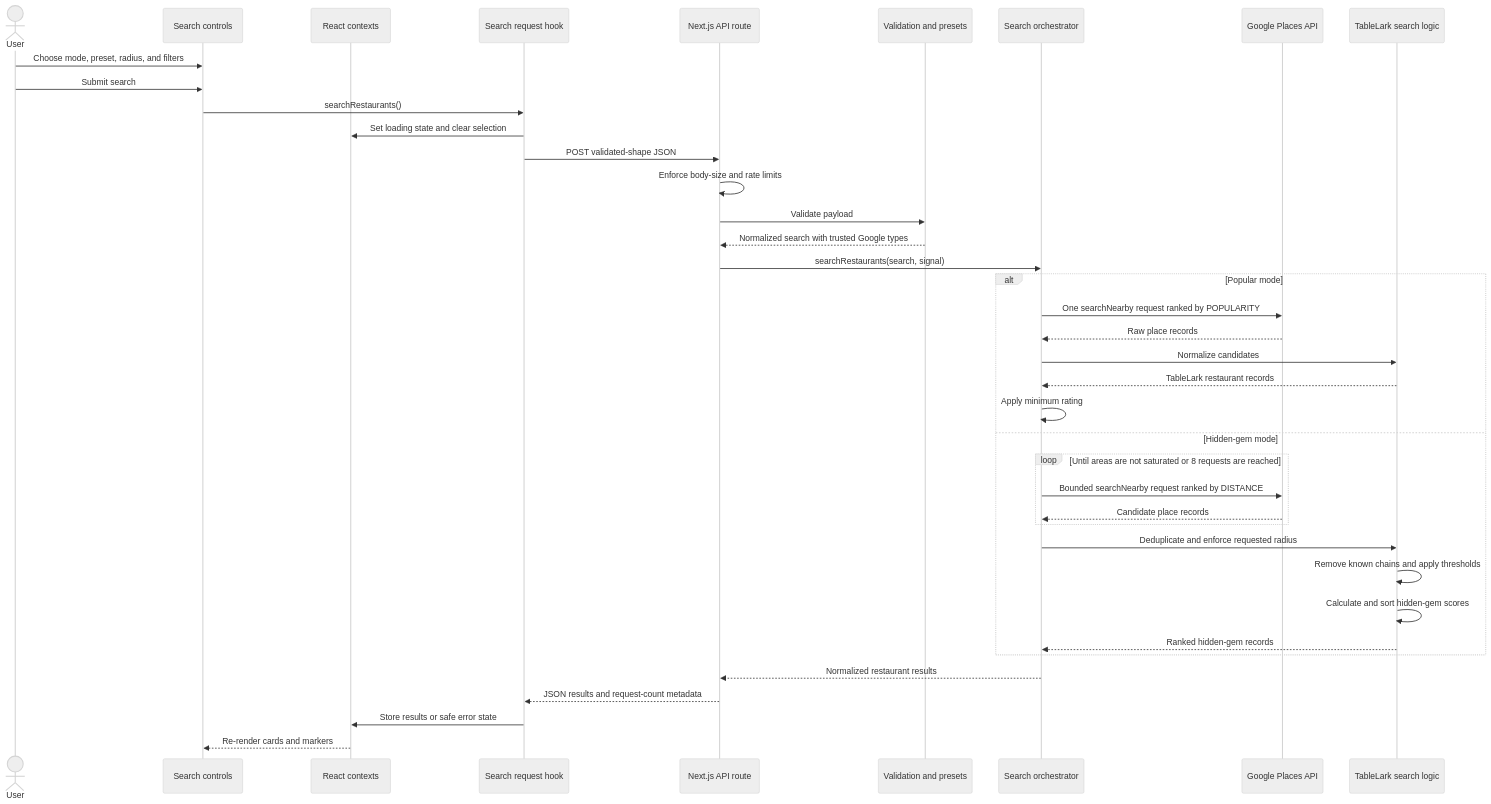
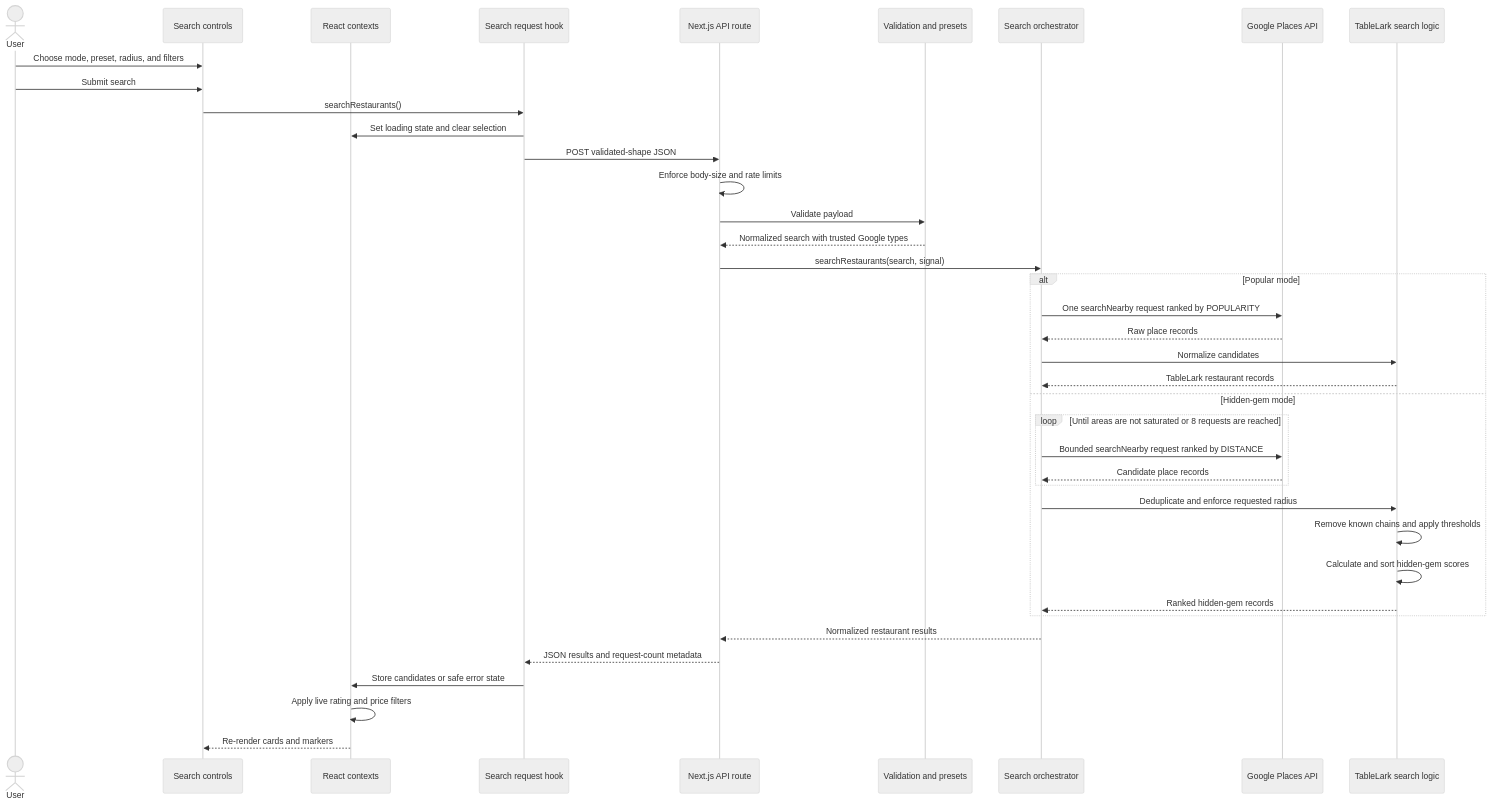
The second of 2 diagrams in docs/ARCHITECTURE.md (SilasCAshton/TableLark), drawn with Mermaid (neutral theme) before and after one commit. The commit also changed other lines of this file and 23 other files, not shown here.

Commit message:
Restructure dynamic restaurant discovery panel in finder, fixed map recentering to not redirect to last targeted location, added price to the search setting menu and changed rating to change the filtered results without needing to re-search the area.

````diff
--- a/docs/ARCHITECTURE.md
+++ b/docs/ARCHITECTURE.md
@@ -105,44 +105,44 @@
 ```mermaid
 sequenceDiagram
     actor User
     participant Controls as Search controls
     participant Context as React contexts
     participant Hook as Search request hook
     participant Route as Next.js API route
     participant Validator as Validation and presets
     participant Search as Search orchestrator
     participant Places as Google Places API
     participant Logic as TableLark search logic
 
     User->>Controls: Choose mode, preset, radius, and filters
     User->>Controls: Submit search
     Controls->>Hook: searchRestaurants()
     Hook->>Context: Set loading state and clear selection
     Hook->>Route: POST validated-shape JSON
     Route->>Route: Enforce body-size and rate limits
     Route->>Validator: Validate payload
     Validator-->>Route: Normalized search with trusted Google types
     Route->>Search: searchRestaurants(search, signal)
 
     alt Popular mode
         Search->>Places: One searchNearby request ranked by POPULARITY
         Places-->>Search: Raw place records
         Search->>Logic: Normalize candidates
         Logic-->>Search: TableLark restaurant records
-        Search->>Search: Apply minimum rating
     else Hidden-gem mode
         loop Until areas are not saturated or 8 requests are reached
             Search->>Places: Bounded searchNearby request ranked by DISTANCE
             Places-->>Search: Candidate place records
         end
         Search->>Logic: Deduplicate and enforce requested radius
         Logic->>Logic: Remove known chains and apply thresholds
         Logic->>Logic: Calculate and sort hidden-gem scores
         Logic-->>Search: Ranked hidden-gem records
     end
 
     Search-->>Route: Normalized restaurant results
     Route-->>Hook: JSON results and request-count metadata
-    Hook->>Context: Store results or safe error state
+    Hook->>Context: Store candidates or safe error state
+    Context->>Context: Apply live rating and price filters
     Context-->>Controls: Re-render cards and markers
 ```
````
